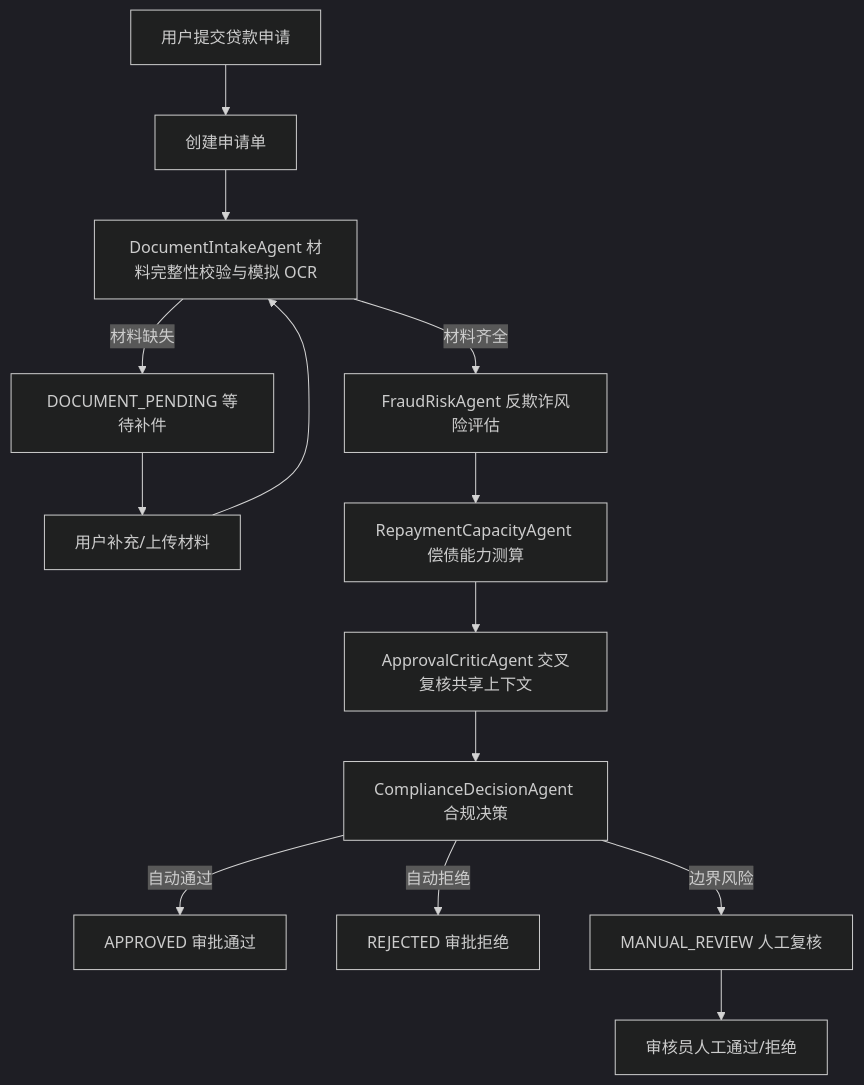
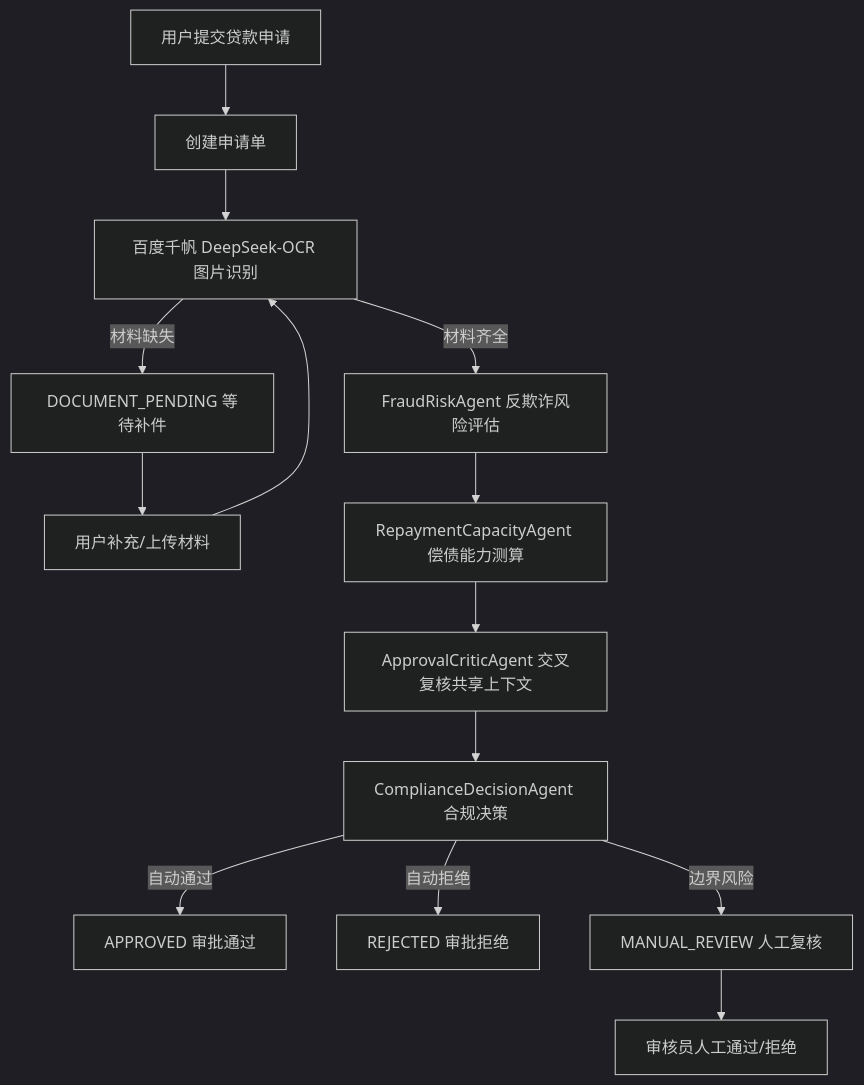
One commit to yeshierbu/FinancialCrisis changed the diagram in README.md. Above: the diagram before and after it, drawn with Mermaid (dark theme). The commit also changed other lines of this file and 52 other files, not shown here.

````diff
--- a/README.md
+++ b/README.md
@@ -33,16 +33,16 @@
 ```mermaid
 flowchart TD
     A[用户提交贷款申请] --> B[创建申请单]
-    B --> C[DocumentIntakeAgent 材料完整性校验与模拟 OCR]
+    B --> C[百度千帆 DeepSeek-OCR 图片识别]
     C -->|材料缺失| D[DOCUMENT_PENDING 等待补件]
     D --> E[用户补充/上传材料]
     E --> C
     C -->|材料齐全| F[FraudRiskAgent 反欺诈风险评估]
     F --> G[RepaymentCapacityAgent 偿债能力测算]
     G --> H[ApprovalCriticAgent 交叉复核共享上下文]
     H --> I[ComplianceDecisionAgent 合规决策]
     I -->|自动通过| J[APPROVED 审批通过]
     I -->|自动拒绝| K[REJECTED 审批拒绝]
     I -->|边界风险| L[MANUAL_REVIEW 人工复核]
     L --> M[审核员人工通过/拒绝]
 ```
````
